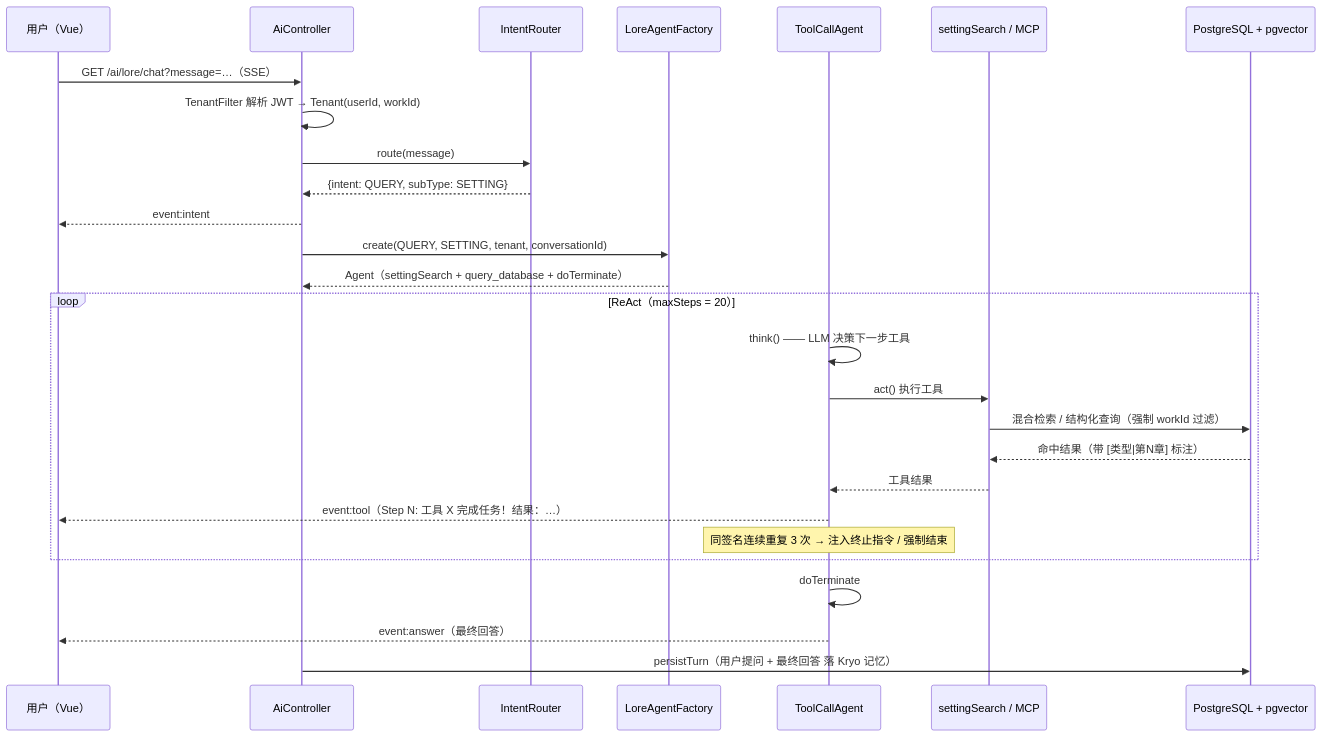
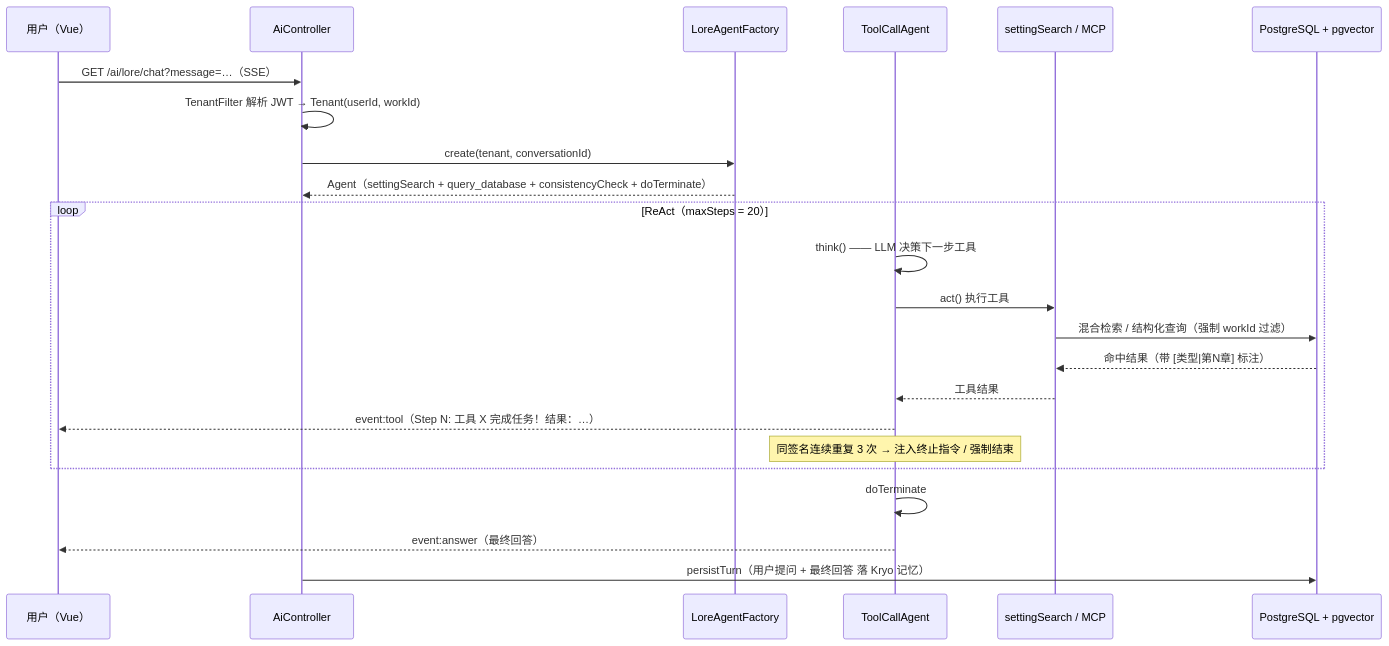
The second of 6 diagrams in README.md (B9lair/LoreKeeper), drawn with Mermaid before and after one commit. The commit also changed other lines of this file and 77 other files, not shown here.

````diff
--- a/README.md
+++ b/README.md
@@ -113,30 +109,26 @@
 ```mermaid
 sequenceDiagram
     participant U as 用户（Vue）
     participant A as AiController
-    participant I as IntentRouter
     participant F as LoreAgentFactory
     participant G as ToolCallAgent
     participant S as settingSearch / MCP
     participant P as PostgreSQL + pgvector
 
     U->>A: GET /ai/lore/chat?message=…（SSE）
     A->>A: TenantFilter 解析 JWT → Tenant(userId, workId)
-    A->>I: route(message)
-    I-->>A: {intent: QUERY, subType: SETTING}
-    A-->>U: event:intent
-    A->>F: create(QUERY, SETTING, tenant, conversationId)
-    F-->>A: Agent（settingSearch + query_database + doTerminate）
+    A->>F: create(tenant, conversationId)
+    F-->>A: Agent（settingSearch + query_database + consistencyCheck + doTerminate）
     loop ReAct（maxSteps = 20）
         G->>G: think() —— LLM 决策下一步工具
         G->>S: act() 执行工具
         S->>P: 混合检索 / 结构化查询（强制 workId 过滤）
         P-->>S: 命中结果（带 [类型|第N章] 标注）
         S-->>G: 工具结果
         G-->>U: event:tool（Step N: 工具 X 完成任务！结果：…）
         Note over G: 同签名连续重复 3 次 → 注入终止指令 / 强制结束
     end
     G->>G: doTerminate
     G-->>U: event:answer（最终回答）
     A->>P: persistTurn（用户提问 + 最终回答 落 Kryo 记忆）
 ```
````
